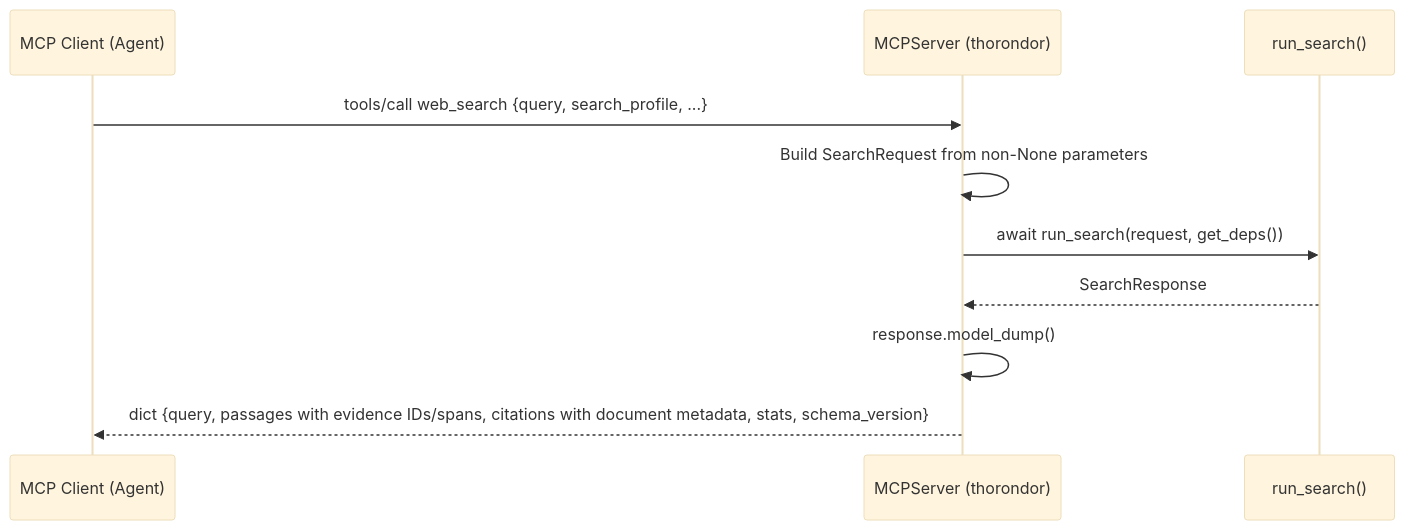
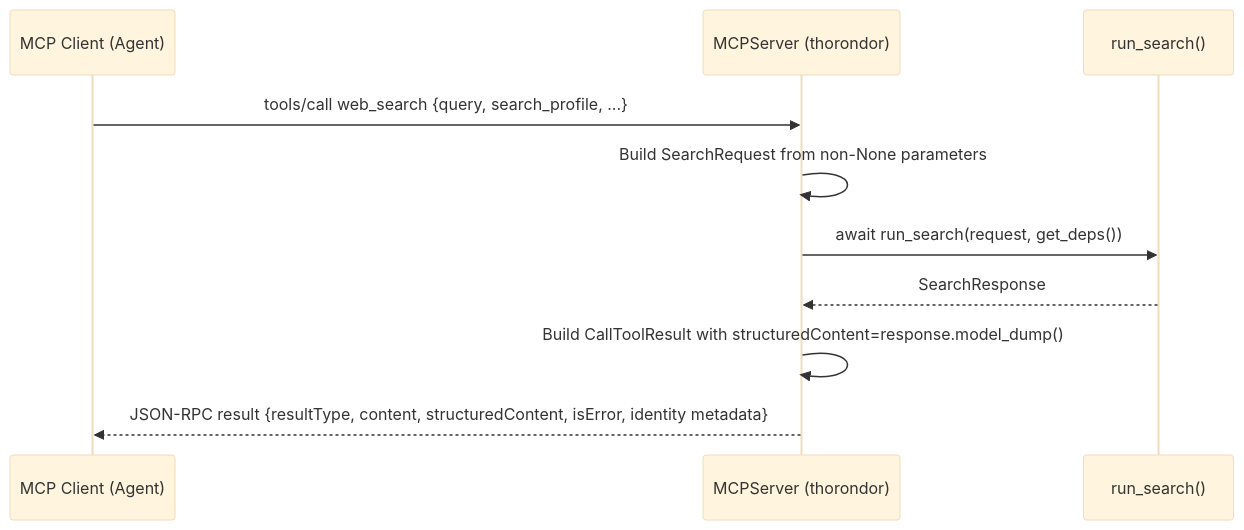
Before and after one commit to FeanorsCodeSL/thorondor: the sixth of 6 diagrams in docs/architecture/pipeline-workflow.md, drawn with Mermaid (base theme). The commit also changed other lines of this file and 32 other files, not shown here.

````diff
--- a/docs/architecture/pipeline-workflow.md
+++ b/docs/architecture/pipeline-workflow.md
@@ -235,13 +241,13 @@
 ```mermaid
 sequenceDiagram
     participant AgentClient as MCP Client (Agent)
     participant MCPServer as MCPServer (thorondor)
     participant Pipeline as run_search()
 
     AgentClient->>MCPServer: tools/call web_search {query, search_profile, ...}
     MCPServer->>MCPServer: Build SearchRequest from non-None parameters
     MCPServer->>Pipeline: await run_search(request, get_deps())
     Pipeline-->>MCPServer: SearchResponse
-    MCPServer->>MCPServer: response.model_dump()
-    MCPServer-->>AgentClient: dict {query, passages with evidence IDs/spans, citations with document metadata, stats, schema_version}
+    MCPServer->>MCPServer: Build CallToolResult with structuredContent=response.model_dump()
+    MCPServer-->>AgentClient: JSON-RPC result {resultType, content, structuredContent, isError, identity metadata}
 ```
````
